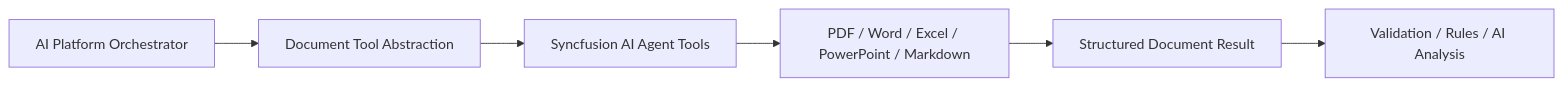
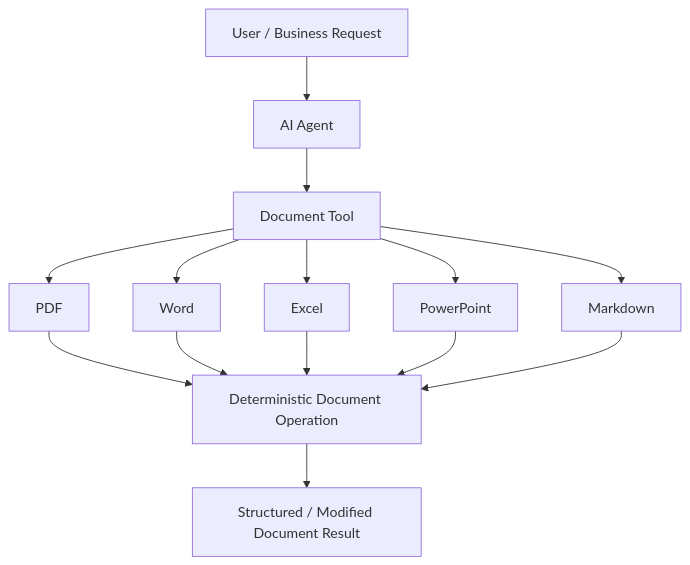
The second of 5 diagrams in docs/research/Syncfusion-AI-Tools.md (Milancho/ai-engineering-playbook), drawn with Mermaid before and after one commit. The commit also changed other lines of this file, not shown here.

Commit message:
docs: consolidate Syncfusion Document Solutions findings

````diff
--- a/docs/research/Syncfusion-AI-Tools.md
+++ b/docs/research/Syncfusion-AI-Tools.md
@@ -32,8 +46,16 @@
 ```mermaid
-flowchart LR
-    A[AI Platform Orchestrator] --> B[Document Tool Abstraction]
-    B --> C[Syncfusion AI Agent Tools]
-    C --> D[PDF / Word / Excel / PowerPoint / Markdown]
-    D --> E[Structured Document Result]
-    E --> F[Validation / Rules / AI Analysis]
+flowchart TD
+    A[User / Business Request] --> B[AI Agent]
+    B --> C[Document Tool]
+    C --> D[PDF]
+    C --> E[Word]
+    C --> F[Excel]
+    C --> G[PowerPoint]
+    C --> H[Markdown]
+    D --> I[Deterministic Document Operation]
+    E --> I
+    F --> I
+    G --> I
+    H --> I
+    I --> J[Structured / Modified Document Result]
 ```
````
